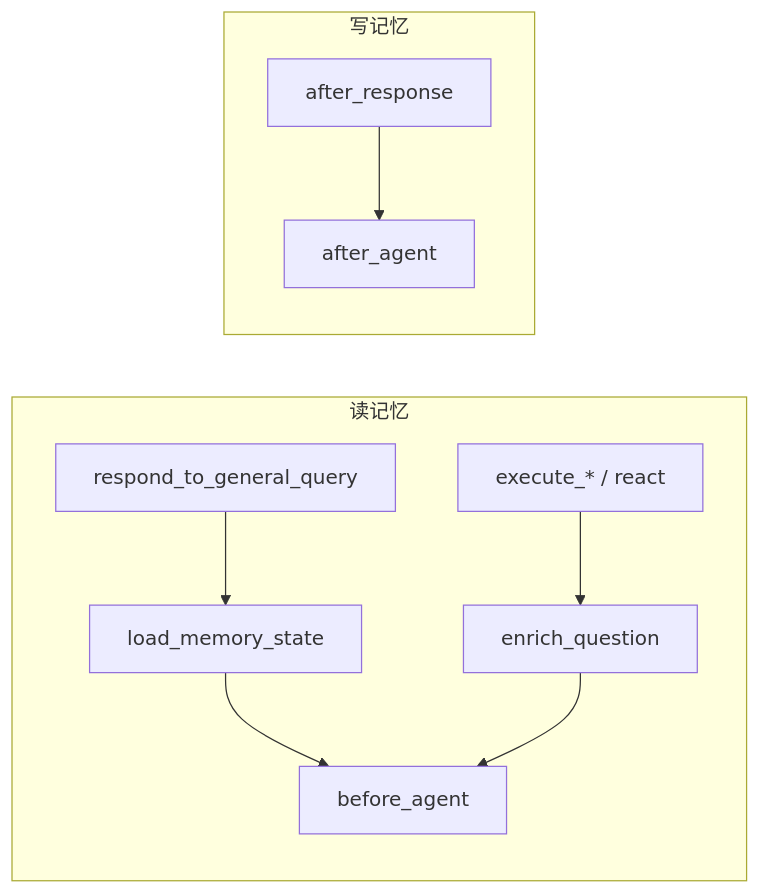
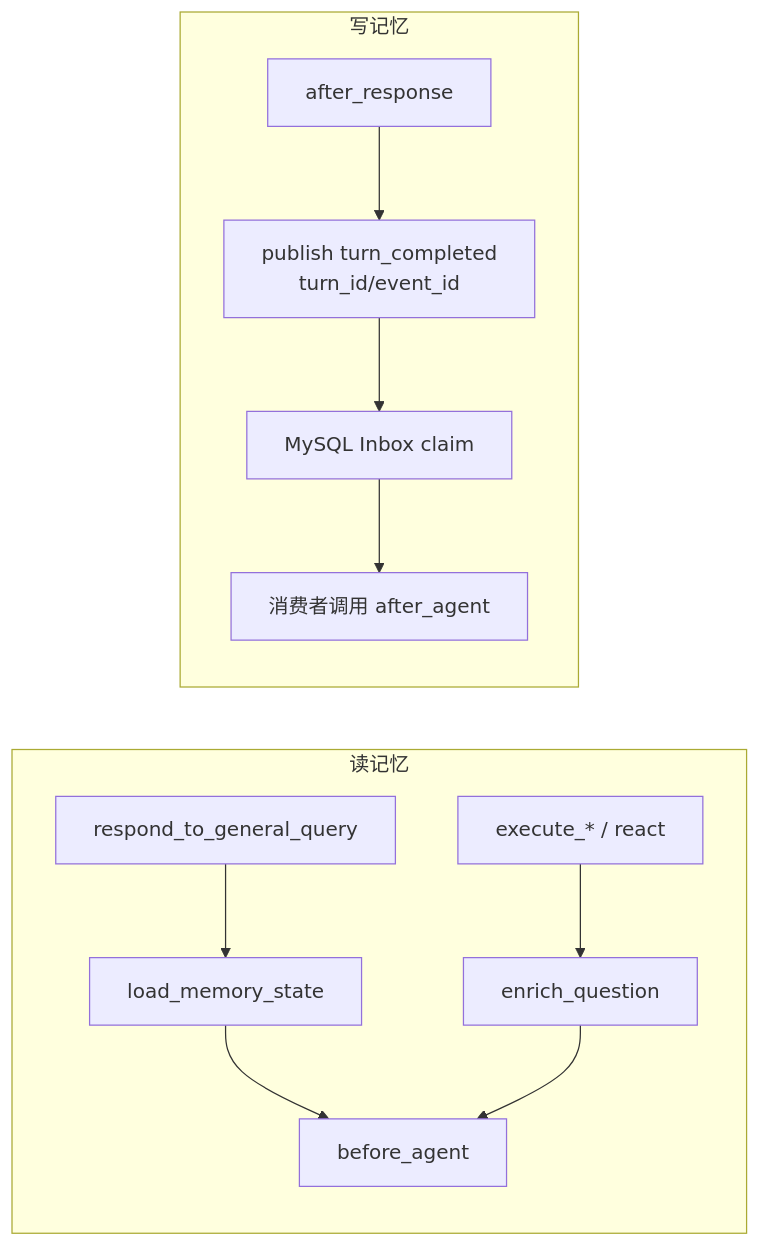
Before and after one commit to bitladykiller/-: diagram 18 of 36 in docs/modules/00-全流程图集.md, drawn with Mermaid. The commit also changed other lines of this file and 19 other files, not shown here.

````diff
--- a/docs/modules/00-全流程图集.md
+++ b/docs/modules/00-全流程图集.md
@@ -659,15 +684,17 @@
 ```mermaid
 flowchart LR
     subgraph Read["读记忆"]
         GEN[respond_to_general_query]
         EX[execute_* / react]
         GEN --> LM[load_memory_state]
         EX --> EQ[enrich_question]
         LM --> BA[before_agent]
         EQ --> BA
     end
     subgraph Write["写记忆"]
         AR[after_response]
-        AR --> AA[after_agent]
+        AR --> PUB[publish turn_completed<br/>turn_id/event_id]
+        PUB --> INBOX[MySQL Inbox claim]
+        INBOX --> AA[消费者调用 after_agent]
     end
 ```
````
